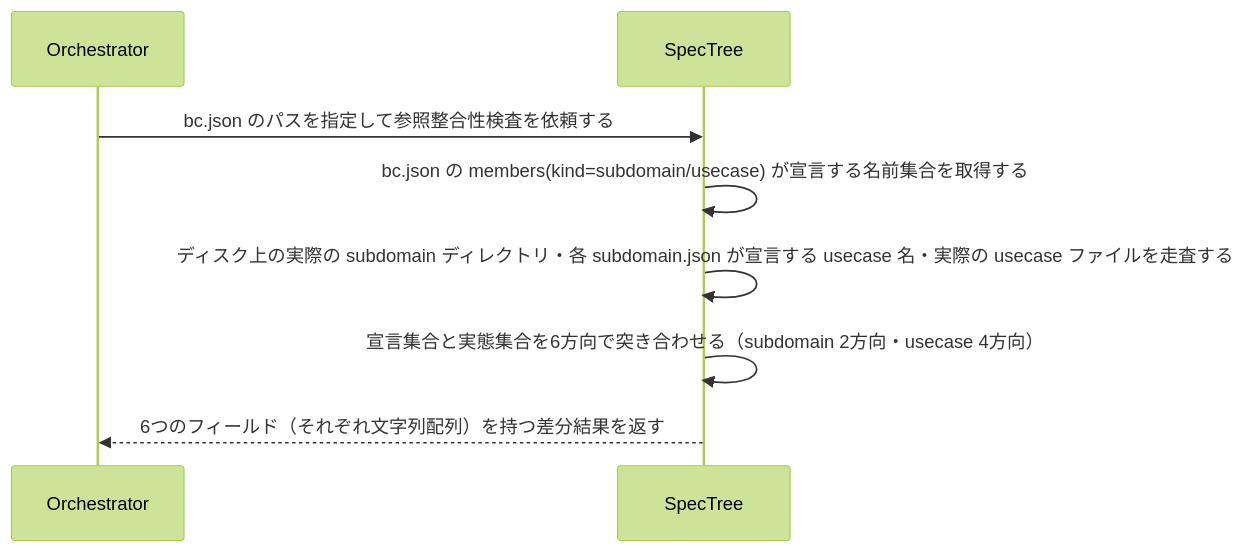
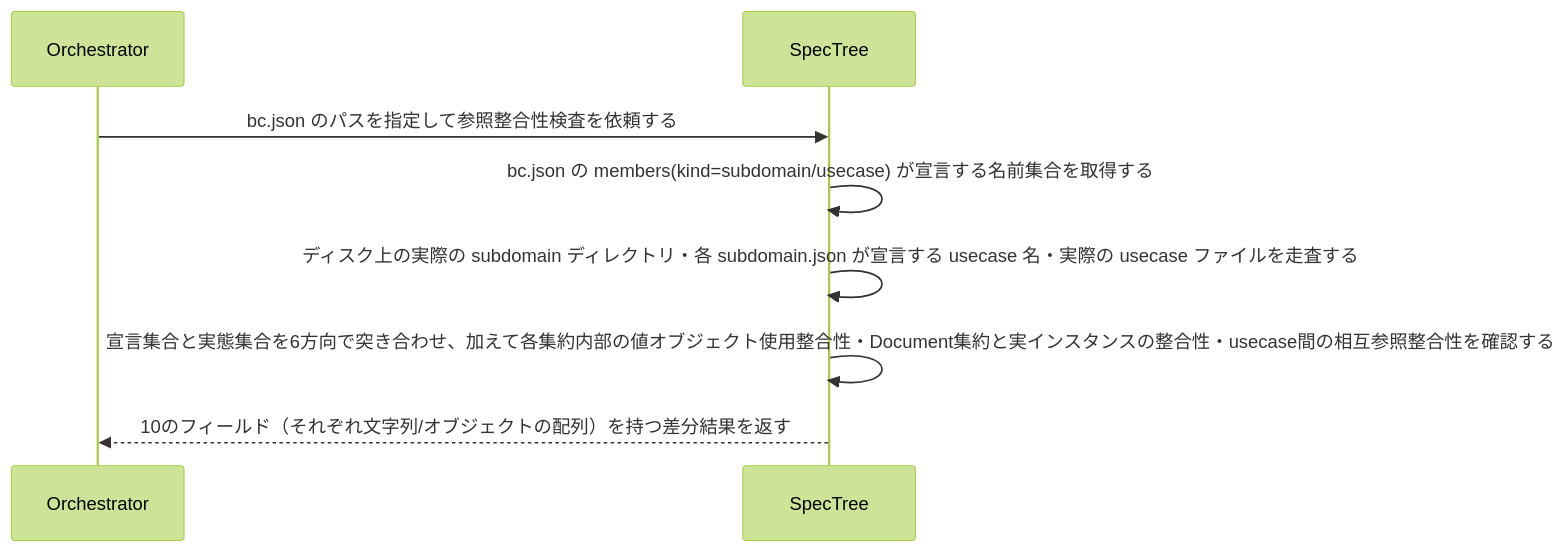
Before and after one commit to daidaiiro-519/waffle: the diagram in .waffle/specs/bc-waffle-engines/subdomain/sd-reconciliation/usecase/uc-check-spec-integrity.md, drawn with Mermaid (forest theme). The commit also changed other lines of this file and 14 other files, not shown here.

````diff
--- a/.waffle/specs/bc-waffle-engines/subdomain/sd-reconciliation/usecase/uc-check-spec-integrity.md
+++ b/.waffle/specs/bc-waffle-engines/subdomain/sd-reconciliation/usecase/uc-check-spec-integrity.md
@@ -26,8 +27,8 @@
 ```mermaid
 sequenceDiagram
     Orchestrator->>SpecTree: bc.json のパスを指定して参照整合性検査を依頼する
     SpecTree->>SpecTree: bc.json の members(kind=subdomain/usecase) が宣言する名前集合を取得する
     SpecTree->>SpecTree: ディスク上の実際の subdomain ディレクトリ・各 subdomain.json が宣言する usecase 名・実際の usecase ファイルを走査する
-    SpecTree->>SpecTree: 宣言集合と実態集合を6方向で突き合わせる（subdomain 2方向・usecase 4方向）
-    SpecTree-->>Orchestrator: 6つのフィールド（それぞれ文字列配列）を持つ差分結果を返す
+    SpecTree->>SpecTree: 宣言集合と実態集合を6方向で突き合わせ、加えて各集約内部の値オブジェクト使用整合性・Document集約と実インスタンスの整合性・usecase間の相互参照整合性を確認する
+    SpecTree-->>Orchestrator: 10のフィールド（それぞれ文字列/オブジェクトの配列）を持つ差分結果を返す
 ```
````
